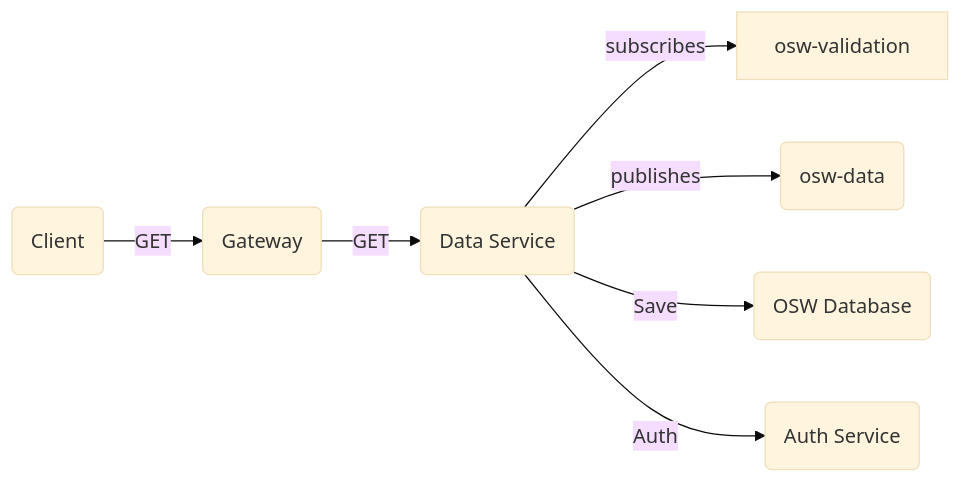
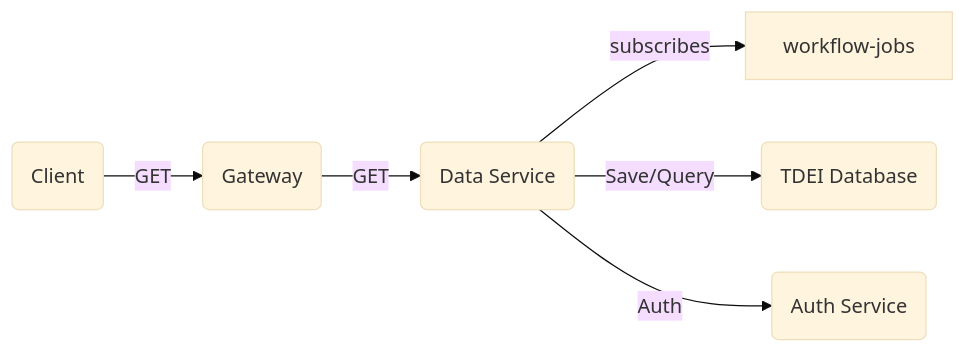
The first of 2 diagrams in README.md (TaskarCenterAtUW/TDEI-osw-datasvc-ts), drawn with Mermaid (base theme) before and after one commit. The commit also changed other lines of this file and 1 other file, not shown here.

````diff
--- a/README.md
+++ b/README.md
@@ -87,9 +120,8 @@
 ```mermaid
 graph LR;
-    B(Data Service) -->|subscribes| A[osw-validation]
-    B -->|publishes| C(osw-data)
-    B -->|Save| D(OSW Database)
+    B(Data Service) -->|subscribes| A[workflow-jobs]
+    B -->|Save/Query| D(TDEI Database)
     B -->|Auth| E(Auth Service)
     G(Gateway) -->|GET| B(Data Service)
     H(Client) -->|GET| G
 ```
````
